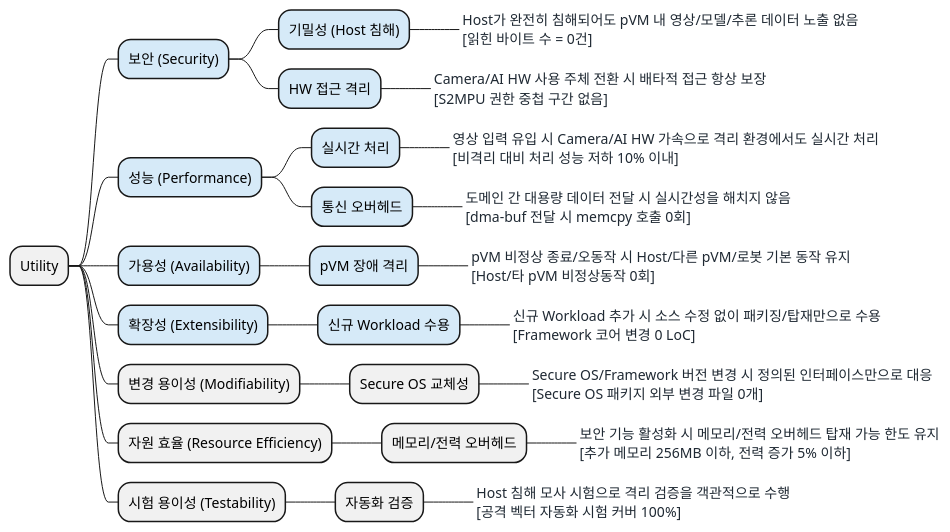
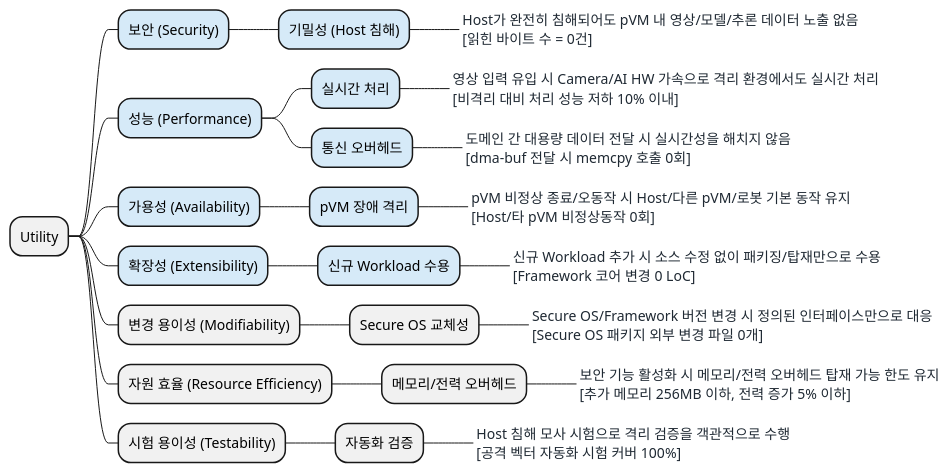
Before and after one commit to boram1288/test-p: the diagram in docs/03_utility_tree.md, drawn with PlantUML. The commit also changed other lines of this file and 5 other files, not shown here.

````diff
--- a/docs/03_utility_tree.md
+++ b/docs/03_utility_tree.md
@@ -24,37 +24,35 @@
 ```plantuml
 @startmindmap
 <style>
 mindmapDiagram {
   boxless {
     FontColor #1F2933
   }
 }
 </style>
 * Utility
 **[#D6EAF8] 보안 (Security)
 ***[#D6EAF8] 기밀성 (Host 침해)
 ****_ Host가 완전히 침해되어도 pVM 내 영상/모델/추론 데이터 노출 없음\n[읽힌 바이트 수 = 0건]
-***[#D6EAF8] HW 접근 격리
-****_ Camera/AI HW 사용 주체 전환 시 배타적 접근 항상 보장\n[S2MPU 권한 중첩 구간 없음]
 **[#D6EAF8] 성능 (Performance)
 ***[#D6EAF8] 실시간 처리
 ****_ 영상 입력 유입 시 Camera/AI HW 가속으로 격리 환경에서도 실시간 처리\n[비격리 대비 처리 성능 저하 10% 이내]
 ***[#D6EAF8] 통신 오버헤드
 ****_ 도메인 간 대용량 데이터 전달 시 실시간성을 해치지 않음\n[dma-buf 전달 시 memcpy 호출 0회]
 **[#D6EAF8] 가용성 (Availability)
 ***[#D6EAF8] pVM 장애 격리
 ****_ pVM 비정상 종료/오동작 시 Host/다른 pVM/로봇 기본 동작 유지\n[Host/타 pVM 비정상동작 0회]
 **[#D6EAF8] 확장성 (Extensibility)
 ***[#D6EAF8] 신규 Workload 수용
 ****_ 신규 Workload 추가 시 소스 수정 없이 패키징/탑재만으로 수용\n[Framework 코어 변경 0 LoC]
 ** 변경 용이성 (Modifiability)
 *** Secure OS 교체성
 ****_ Secure OS/Framework 버전 변경 시 정의된 인터페이스만으로 대응\n[Secure OS 패키지 외부 변경 파일 0개]
 ** 자원 효율 (Resource Efficiency)
 *** 메모리/전력 오버헤드
 ****_ 보안 기능 활성화 시 메모리/전력 오버헤드 탑재 가능 한도 유지\n[추가 메모리 256MB 이하, 전력 증가 5% 이하]
 ** 시험 용이성 (Testability)
 *** 자동화 검증
 ****_ Host 침해 모사 시험으로 격리 검증을 객관적으로 수행\n[공격 벡터 자동화 시험 커버 100%]
 @endmindmap
 ```
````
